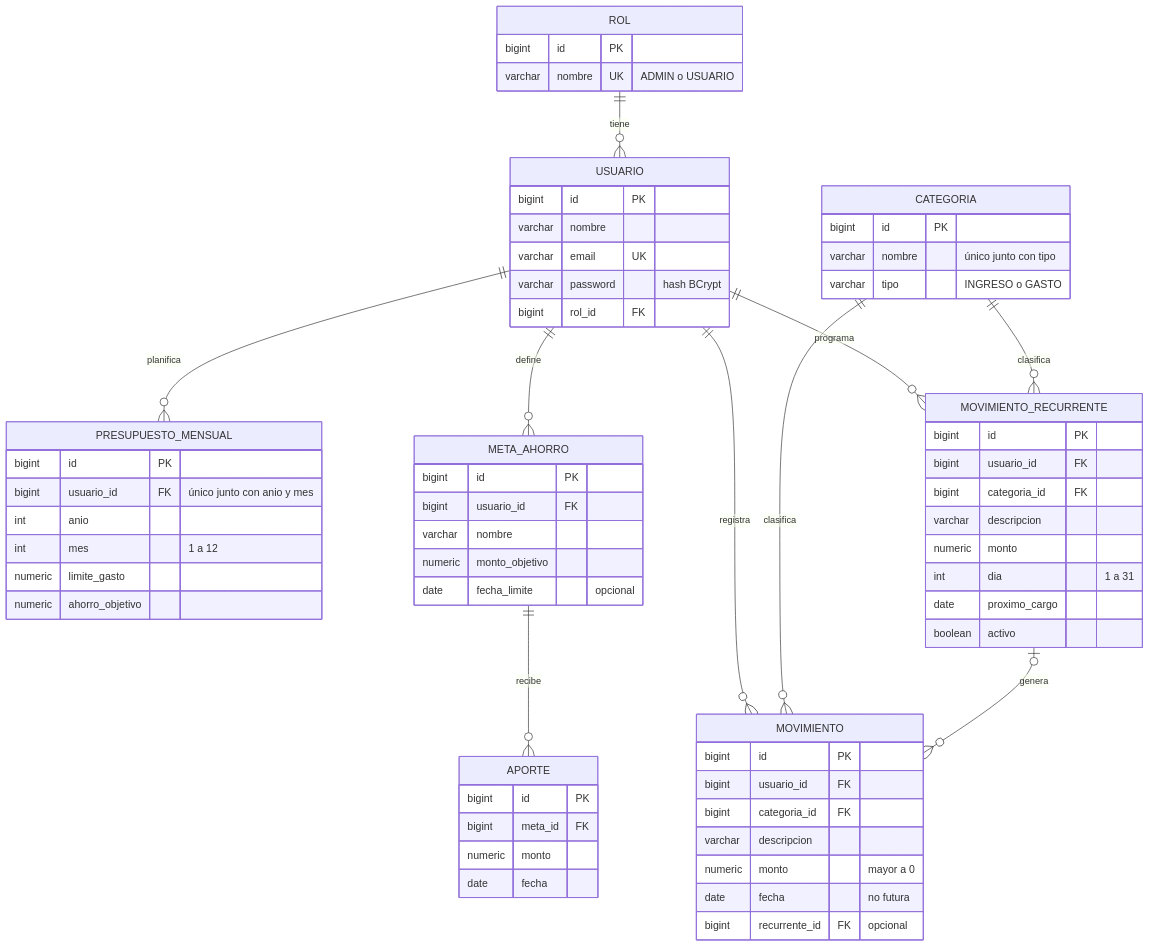
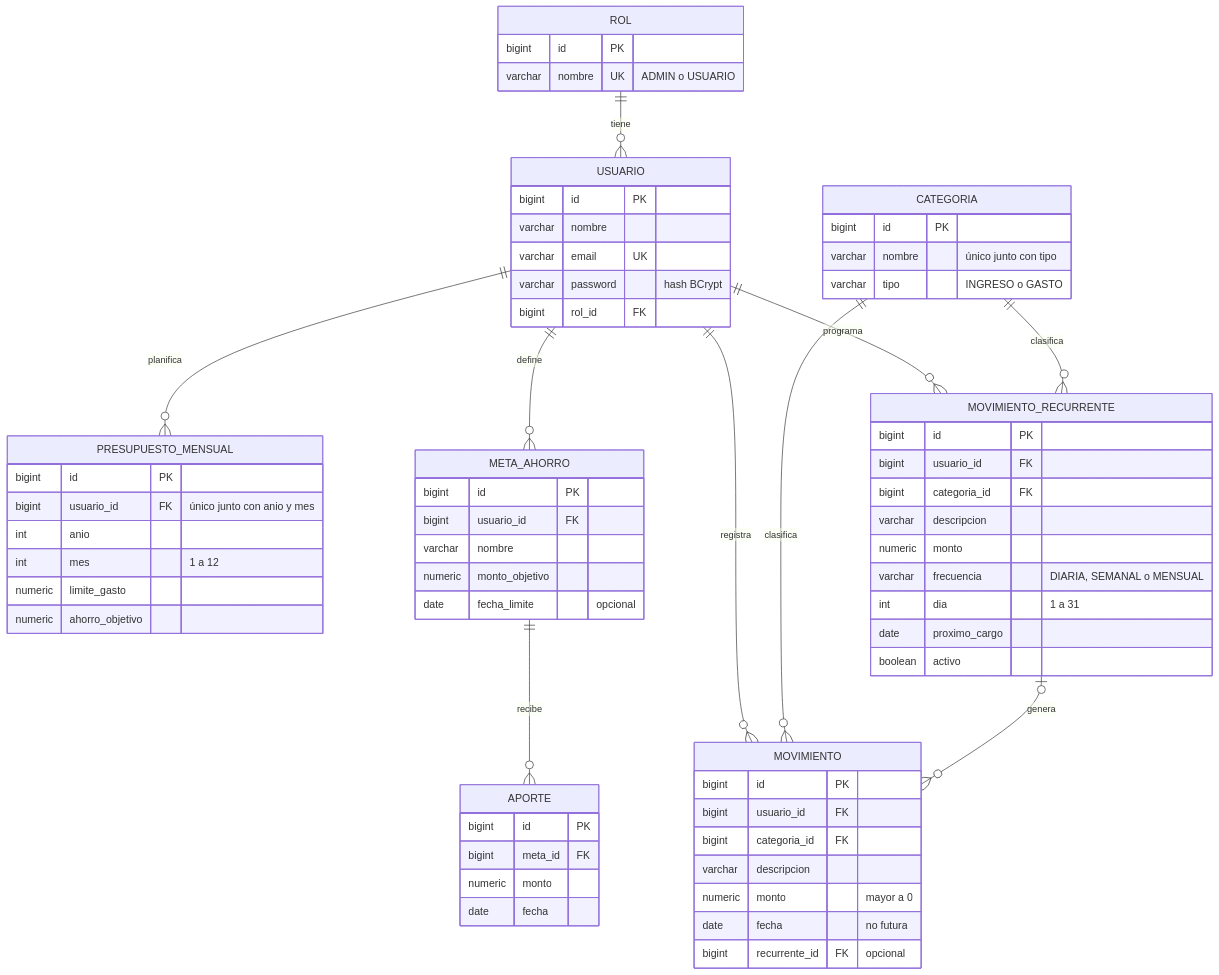
Before and after one commit to DiegoPorrasZela/GAMS-Finanzas-backend: the fourth of 4 diagrams in README.md, drawn with Mermaid. The commit also changed other lines of this file, not shown here.

````diff
--- a/README.md
+++ b/README.md
@@ -96,69 +115,70 @@
 ```mermaid
 erDiagram
     ROL ||--o{ USUARIO : "tiene"
     USUARIO ||--o{ MOVIMIENTO : "registra"
     CATEGORIA ||--o{ MOVIMIENTO : "clasifica"
     USUARIO ||--o{ PRESUPUESTO_MENSUAL : "planifica"
     USUARIO ||--o{ META_AHORRO : "define"
     META_AHORRO ||--o{ APORTE : "recibe"
     USUARIO ||--o{ MOVIMIENTO_RECURRENTE : "programa"
     CATEGORIA ||--o{ MOVIMIENTO_RECURRENTE : "clasifica"
     MOVIMIENTO_RECURRENTE |o--o{ MOVIMIENTO : "genera"
 
     ROL {
         bigint id PK
         varchar nombre UK "ADMIN o USUARIO"
     }
     USUARIO {
         bigint id PK
         varchar nombre
         varchar email UK
         varchar password "hash BCrypt"
         bigint rol_id FK
     }
     CATEGORIA {
         bigint id PK
         varchar nombre "único junto con tipo"
         varchar tipo "INGRESO o GASTO"
     }
     MOVIMIENTO {
         bigint id PK
         bigint usuario_id FK
         bigint categoria_id FK
         varchar descripcion
         numeric monto "mayor a 0"
         date fecha "no futura"
         bigint recurrente_id FK "opcional"
     }
     MOVIMIENTO_RECURRENTE {
         bigint id PK
         bigint usuario_id FK
         bigint categoria_id FK
         varchar descripcion
         numeric monto
+        varchar frecuencia "DIARIA, SEMANAL o MENSUAL"
         int dia "1 a 31"
         date proximo_cargo
         boolean activo
     }
     PRESUPUESTO_MENSUAL {
         bigint id PK
         bigint usuario_id FK "único junto con anio y mes"
         int anio
         int mes "1 a 12"
         numeric limite_gasto
         numeric ahorro_objetivo
     }
     META_AHORRO {
         bigint id PK
         bigint usuario_id FK
         varchar nombre
         numeric monto_objetivo
         date fecha_limite "opcional"
     }
     APORTE {
         bigint id PK
         bigint meta_id FK
         numeric monto
         date fecha
     }
 ```
````
